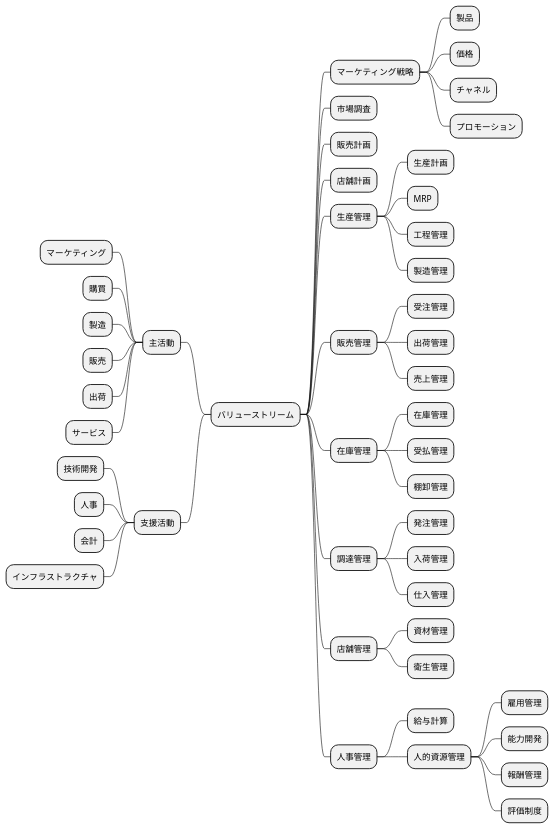
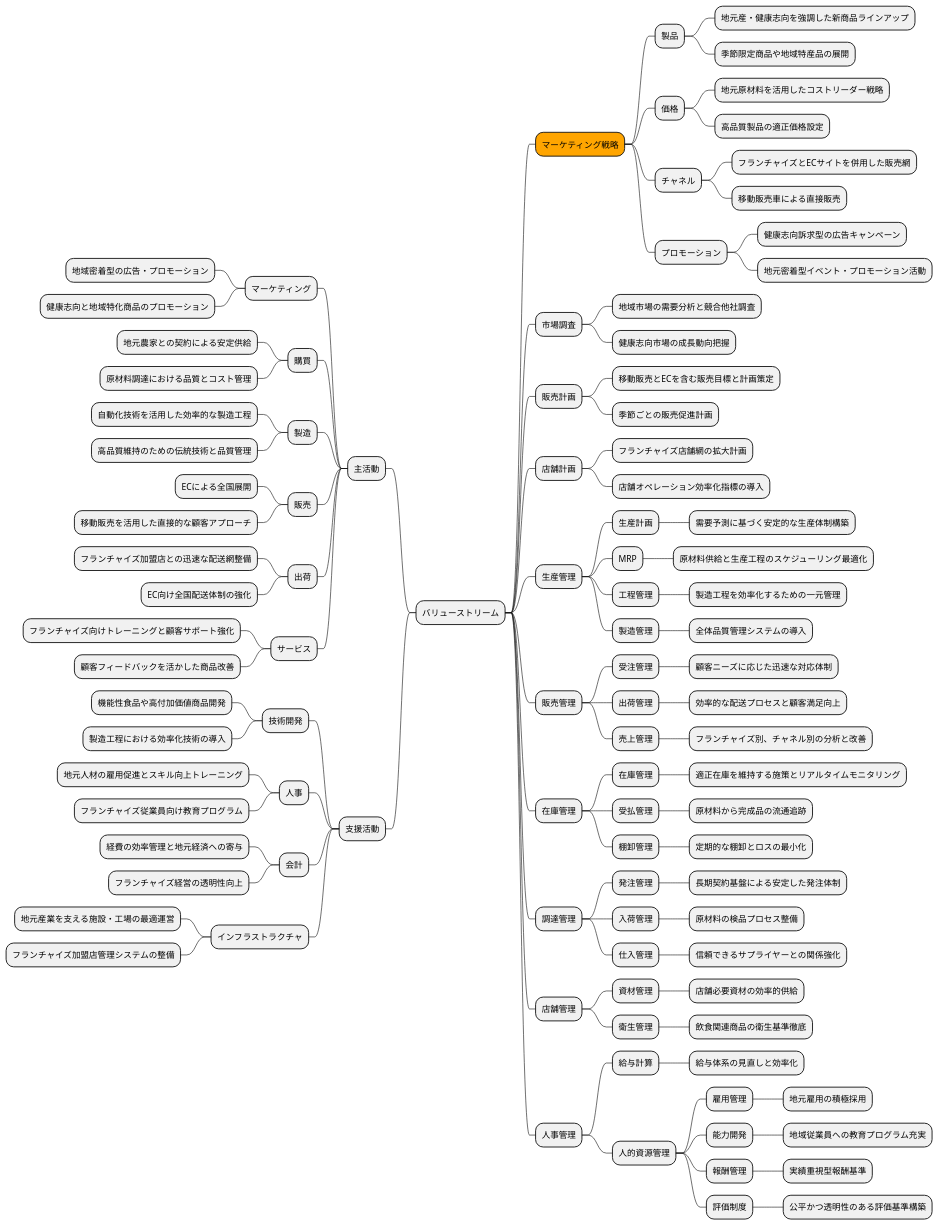
Diagram 12 of 19 in docs/case/r03_case_2.adoc (k2works/case-study-business-analysis), drawn with PlantUML before and after one commit. The commit also changed other lines of this file, not shown here.

```diff
--- a/docs/case/r03_case_2.adoc
+++ b/docs/case/r03_case_2.adoc
@@ -493,53 +536,107 @@
 left side
 ** 主活動
 *** マーケティング
+**** 地域密着型の広告・プロモーション
+**** 健康志向と地域特化商品のプロモーション
 *** 購買
+**** 地元農家との契約による安定供給
+**** 原材料調達における品質とコスト管理
 *** 製造
+**** 自動化技術を活用した効率的な製造工程
+**** 高品質維持のための伝統技術と品質管理
 *** 販売
+**** ECによる全国展開
+**** 移動販売を活用した直接的な顧客アプローチ
 *** 出荷
+**** フランチャイズ加盟店との迅速な配送網整備
+**** EC向け全国配送体制の強化
 *** サービス
+**** フランチャイズ向けトレーニングと顧客サポート強化
+**** 顧客フィードバックを活かした商品改善
 ** 支援活動
 *** 技術開発
+**** 機能性食品や高付加価値商品開発
+**** 製造工程における効率化技術の導入
 *** 人事
+**** 地元人材の雇用促進とスキル向上トレーニング
+**** フランチャイズ従業員向け教育プログラム
 *** 会計
+**** 経費の効率管理と地元経済への寄与
+**** フランチャイズ経営の透明性向上
 *** インフラストラクチャ
+**** 地元産業を支える施設・工場の最適運営
+**** フランチャイズ加盟店管理システムの整備
+
 right side
-** マーケティング戦略
+**[#orange] マーケティング戦略
 *** 製品
+**** 地元産・健康志向を強調した新商品ラインアップ
+**** 季節限定商品や地域特産品の展開
 *** 価格
+**** 地元原材料を活用したコストリーダー戦略
+**** 高品質製品の適正価格設定
 *** チャネル
+**** フランチャイズとECサイトを併用した販売網
+**** 移動販売車による直接販売
 *** プロモーション
+**** 健康志向訴求型の広告キャンペーン
+**** 地元密着型イベント・プロモーション活動
 ** 市場調査
+*** 地域市場の需要分析と競合他社調査
+*** 健康志向市場の成長動向把握
 ** 販売計画
+*** 移動販売とECを含む販売目標と計画策定
+*** 季節ごとの販売促進計画
 ** 店舗計画
+*** フランチャイズ店舗網の拡大計画
+*** 店舗オペレーション効率化指標の導入
 ** 生産管理
 *** 生産計画
+**** 需要予測に基づく安定的な生産体制構築
 *** MRP
+**** 原材料供給と生産工程のスケジューリング最適化
 *** 工程管理
+**** 製造工程を効率化するための一元管理
 *** 製造管理
+**** 全体品質管理システムの導入
 ** 販売管理
 *** 受注管理
+**** 顧客ニーズに応じた迅速な対応体制
 *** 出荷管理
+**** 効率的な配送プロセスと顧客満足向上
 *** 売上管理
+**** フランチャイズ別、チャネル別の分析と改善
 ** 在庫管理
 *** 在庫管理
+**** 適正在庫を維持する施策とリアルタイムモニタリング
 *** 受払管理
+**** 原材料から完成品の流通追跡
 *** 棚卸管理
+**** 定期的な棚卸とロスの最小化
 ** 調達管理
 *** 発注管理
+**** 長期契約基盤による安定した発注体制
 *** 入荷管理
+**** 原材料の検品プロセス整備
 *** 仕入管理
+**** 信頼できるサプライヤーとの関係強化
 ** 店舗管理
 *** 資材管理
+**** 店舗必要資材の効率的供給
 *** 衛生管理
+**** 飲食関連商品の衛生基準徹底
 ** 人事管理
 *** 給与計算
+**** 給与体系の見直しと効率化
 *** 人的資源管理
 **** 雇用管理
+***** 地元雇用の積極採用
 **** 能力開発
+***** 地域従業員への教育プログラム充実
 **** 報酬管理
+***** 実績重視型報酬基準
 **** 評価制度
-
+***** 公平かつ透明性のある評価基準構築
 
 @endmindmap
 ----
```
